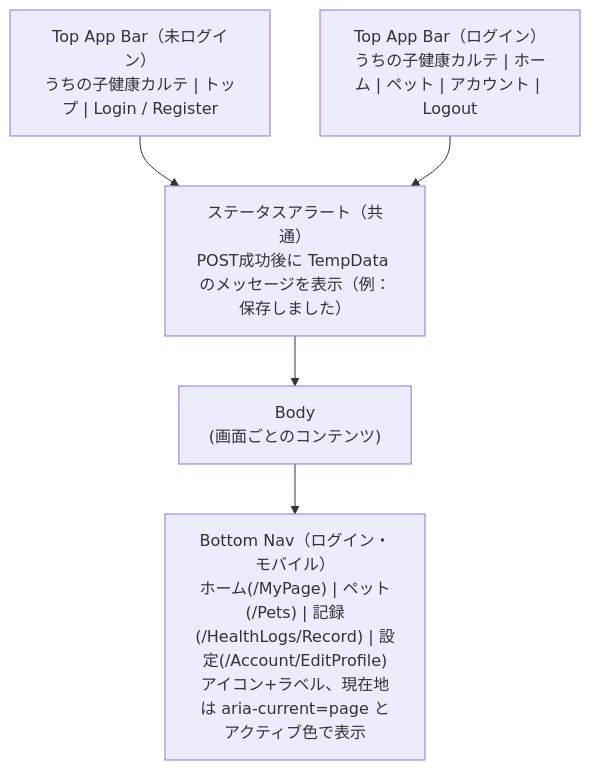
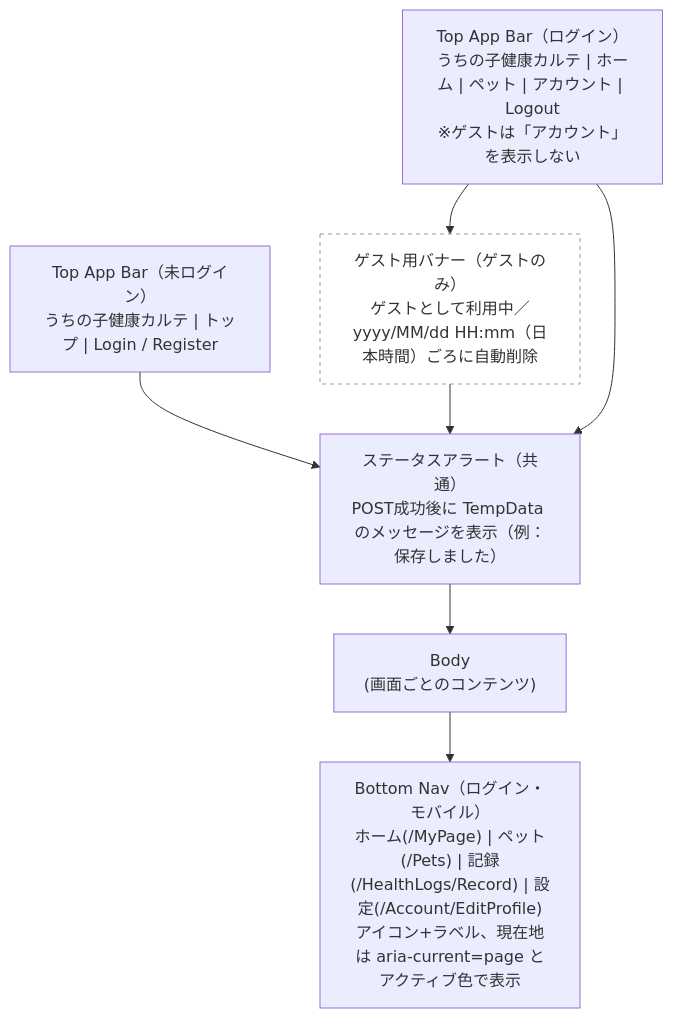
The first of 24 diagrams in docs/ui-wireframe.md (Cat5Dog2/PetHealthManagement), drawn with Mermaid before and after one commit. The commit also changed other lines of this file and 8 other files, not shown here.

First line of the commit message:
docs: specify guest login for trying the app without signing up

````diff
--- a/docs/ui-wireframe.md
+++ b/docs/ui-wireframe.md
@@ -4,13 +4,17 @@
 ```mermaid
 flowchart TB
   HeaderAnon["Top App Bar（未ログイン）<br/>うちの子健康カルテ | トップ | Login / Register"]
-  HeaderAuth["Top App Bar（ログイン）<br/>うちの子健康カルテ | ホーム | ペット | アカウント | Logout"]
+  HeaderAuth["Top App Bar（ログイン）<br/>うちの子健康カルテ | ホーム | ペット | アカウント | Logout<br/>※ゲストは「アカウント」を表示しない"]
+  GuestBanner["ゲスト用バナー（ゲストのみ）<br/>ゲストとして利用中／yyyy/MM/dd HH:mm（日本時間）ごろに自動削除"]:::note
   StatusAlert["ステータスアラート（共通）<br/>POST成功後に TempData のメッセージを表示（例：保存しました）"]
   BottomNav["Bottom Nav（ログイン・モバイル）<br/>ホーム(/MyPage) | ペット(/Pets) | 記録(/HealthLogs/Record) | 設定(/Account/EditProfile)<br/>アイコン+ラベル、現在地は aria-current=page とアクティブ色で表示"]
   Body["Body<br/>(画面ごとのコンテンツ)"]
 
   HeaderAnon --> StatusAlert
+  HeaderAuth --> GuestBanner --> StatusAlert
   HeaderAuth --> StatusAlert
   StatusAlert --> Body
   Body --> BottomNav
+
+  classDef note fill:#fff,stroke:#999,stroke-dasharray: 4 4,color:#333;
 ```
````
